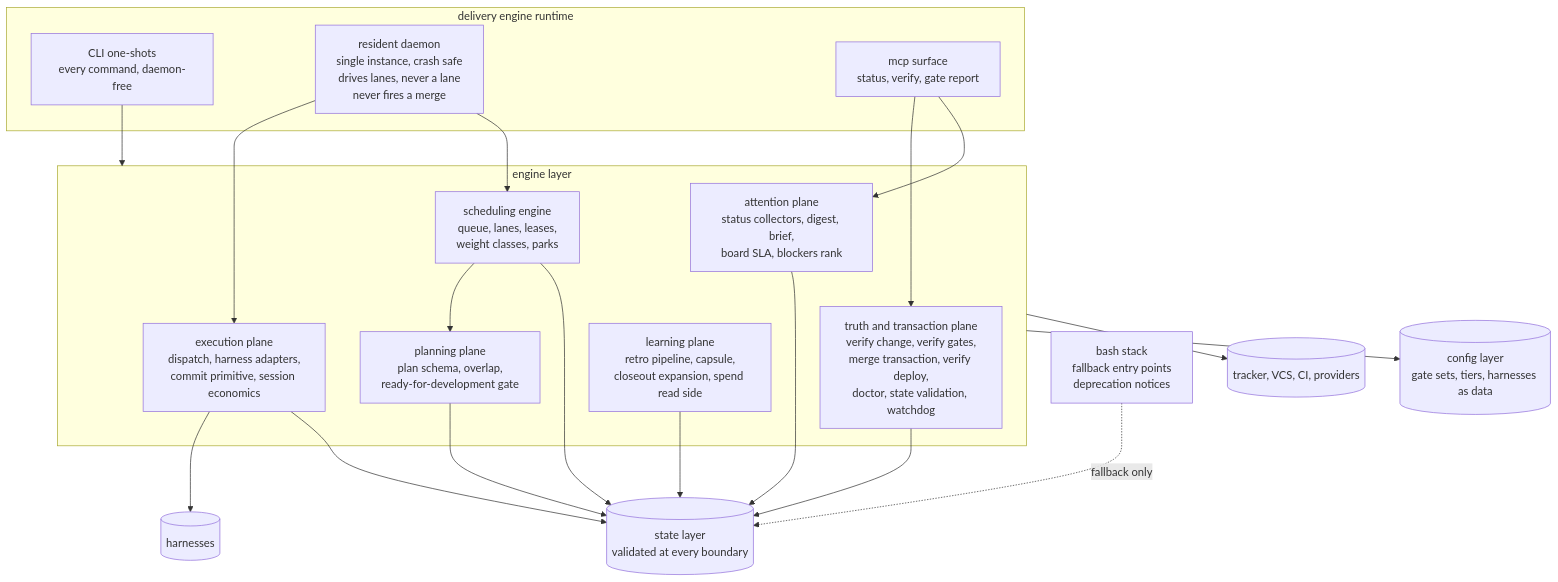
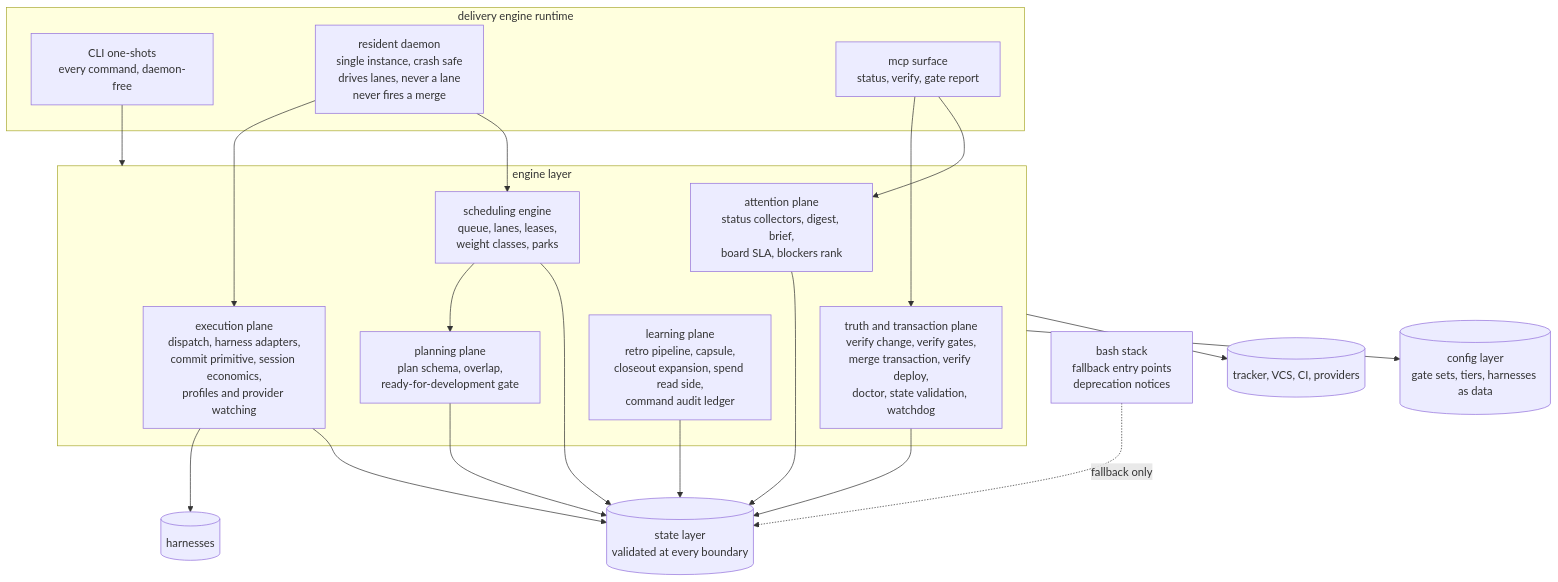
One commit to juliusz-cwiakalski/agentic-delivery-os changed the second of 8 diagrams in doc/planning/oss-tooling/milestones/m1/architecture.md. Above: the diagram before and after it, drawn with Mermaid. The commit also changed other lines of this file and 24 other files, not shown here.

````diff
--- a/doc/planning/oss-tooling/milestones/m1/architecture.md
+++ b/doc/planning/oss-tooling/milestones/m1/architecture.md
@@ -48,35 +48,35 @@
 ```mermaid
 flowchart TB
     subgraph runtime [delivery engine runtime]
         CLISHOT[CLI one-shots<br/>every command, daemon-free]
         DAEMON[resident daemon<br/>single instance, crash safe<br/>drives lanes, never a lane<br/>never fires a merge]
         MCPS[mcp surface<br/>status, verify, gate report]
     end
     subgraph engines [engine layer]
         ATTN[attention plane<br/>status collectors, digest, brief,<br/>board SLA, blockers rank]
         TRUTH[truth and transaction plane<br/>verify change, verify gates,<br/>merge transaction, verify deploy,<br/>doctor, state validation, watchdog]
         PLAN[planning plane<br/>plan schema, overlap,<br/>ready-for-development gate]
         SCHED[scheduling engine<br/>queue, lanes, leases,<br/>weight classes, parks]
-        EXEC[execution plane<br/>dispatch, harness adapters,<br/>commit primitive, session economics]
-        LEARN[learning plane<br/>retro pipeline, capsule,<br/>closeout expansion, spend read side]
+        EXEC[execution plane<br/>dispatch, harness adapters,<br/>commit primitive, session economics,<br/>profiles and provider watching]
+        LEARN[learning plane<br/>retro pipeline, capsule,<br/>closeout expansion, spend read side,<br/>command audit ledger]
     end
     STATE[(state layer<br/>validated at every boundary)]
     CONFIG[(config layer<br/>gate sets, tiers, harnesses as data)]
     BASH2[bash stack<br/>fallback entry points<br/>deprecation notices]
     CLISHOT --> engines
     DAEMON --> SCHED
     DAEMON --> EXEC
     MCPS --> ATTN
     MCPS --> TRUTH
     ATTN --> STATE
     TRUTH --> STATE
     PLAN --> STATE
     SCHED --> STATE
     SCHED --> PLAN
     EXEC --> STATE
     LEARN --> STATE
     engines --> CONFIG
     engines --> TRACKER3[(tracker, VCS, CI, providers)]
     EXEC --> HARNESS3[(harnesses)]
     BASH2 -.->|fallback only| STATE
 ```
````
